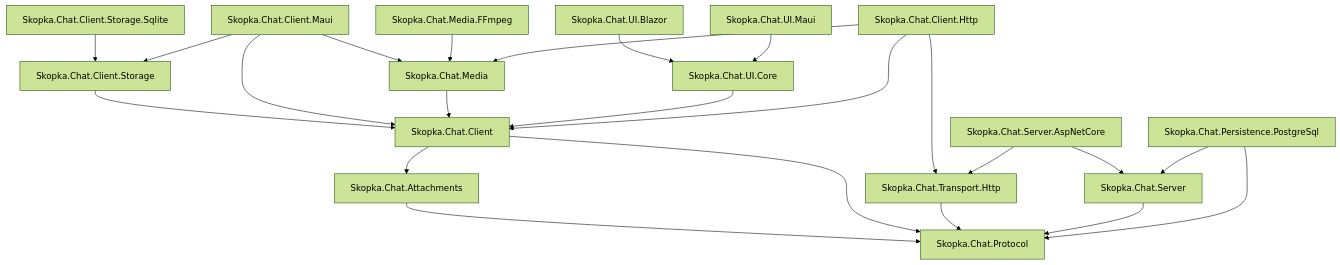
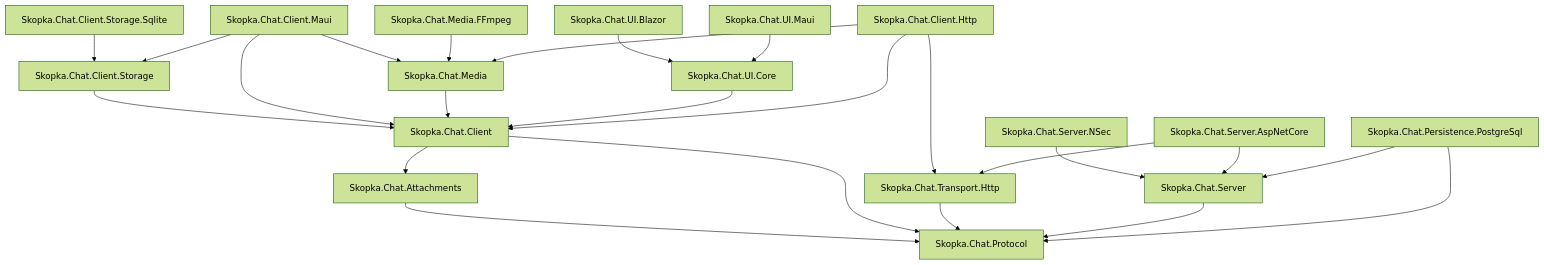
One commit to skopka/chat changed the diagram in docs/development.md. Above: the diagram before and after it, drawn with Mermaid (forest theme). The commit also changed other lines of this file and 65 other files, not shown here.

````diff
--- a/docs/development.md
+++ b/docs/development.md
@@ -18,26 +18,27 @@
 ```mermaid
 flowchart TD
     Protocol[Skopka.Chat.Protocol]
     Attachments[Skopka.Chat.Attachments] --> Protocol
     Client[Skopka.Chat.Client] --> Protocol
     Client --> Attachments
     ClientStorage[Skopka.Chat.Client.Storage] --> Client
     ClientSqlite[Skopka.Chat.Client.Storage.Sqlite] --> ClientStorage
     ClientMaui[Skopka.Chat.Client.Maui] --> Client
     ClientMaui --> ClientStorage
     ClientMaui --> Media
     Media[Skopka.Chat.Media] --> Client
     Ffmpeg[Skopka.Chat.Media.FFmpeg] --> Media
     UiCore[Skopka.Chat.UI.Core] --> Client
     UiBlazor[Skopka.Chat.UI.Blazor] --> UiCore
     UiMaui[Skopka.Chat.UI.Maui] --> UiCore
     HttpContract[Skopka.Chat.Transport.Http] --> Protocol
     HttpClient[Skopka.Chat.Client.Http] --> Client
     HttpClient --> Media
     HttpClient --> HttpContract
     Server[Skopka.Chat.Server] --> Protocol
+    ServerCrypto[Skopka.Chat.Server.NSec] --> Server
     AspNet[Skopka.Chat.Server.AspNetCore] --> Server
     AspNet --> HttpContract
     Persistence[Skopka.Chat.Persistence.PostgreSql] --> Server
     Persistence --> Protocol
 ```
````
